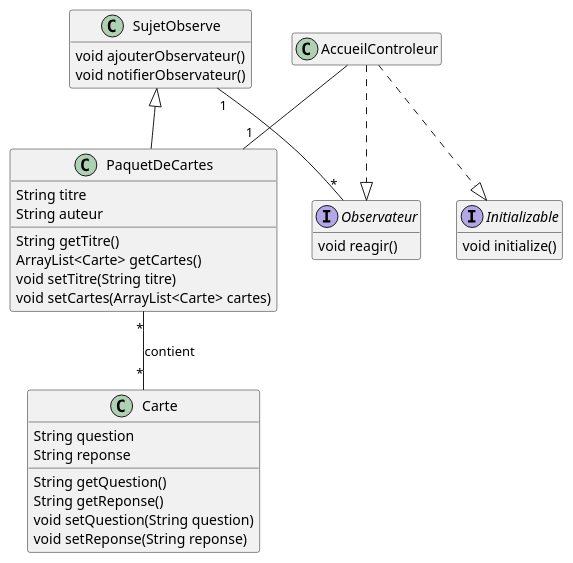
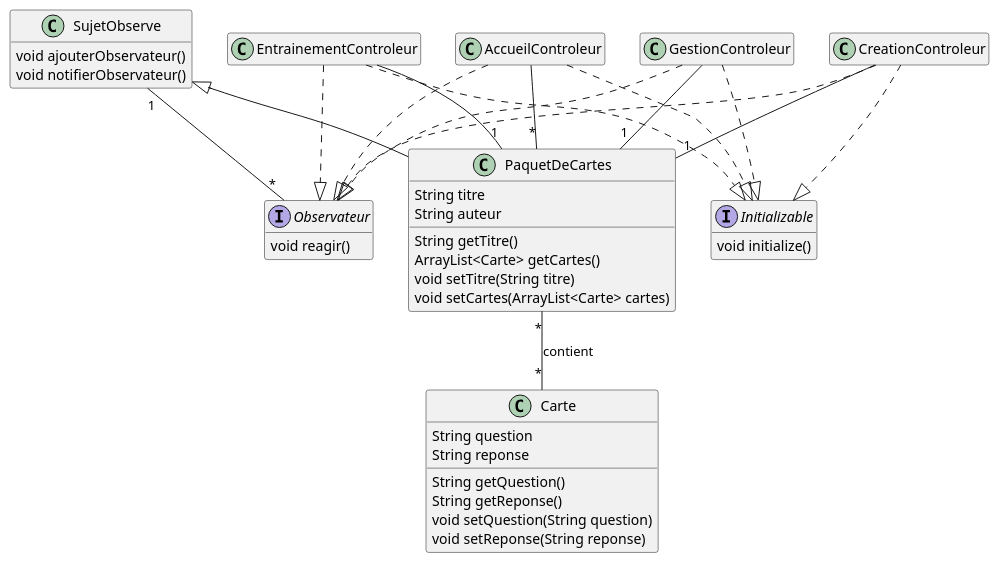
One commit to rouxmi/Flash-Card-App- changed the diagram in diag.wsd. Above: the diagram before and after it, drawn with PlantUML. The commit also changed 3 other files, not shown here.

```diff
--- a/diag.wsd
+++ b/diag.wsd
@@ -1,51 +1,67 @@
 @startuml diag
 hide empty members
 
 class Carte {
     {field} String question
     {field} String reponse
     {method} String getQuestion()
     {method} String getReponse()
     {method} void setQuestion(String question)
     {method} void setReponse(String reponse)
 }
 
 class PaquetDeCartes {
     {field} String titre
     {field} String auteur
     {method} String getTitre()
     {method} ArrayList<Carte> getCartes()
     {method} void setTitre(String titre)
     {method} void setCartes(ArrayList<Carte> cartes)
 }
 
 
 
 interface Observateur{
     {method} void reagir()
 }
 
 class SujetObserve{
     {method} void ajouterObservateur()
     {method} void notifierObservateur()
 }
 
 class AccueilControleur{
 
+}
+
+class CreationControleur{
+
+}
+class EntrainementControleur{
+
+}
+
+class GestionControleur{
 
 }
 
 interface Initializable{
     {method} void initialize()
 }
 
 PaquetDeCartes "*" -- "*" Carte : contient
-
+AccueilControleur --"*" PaquetDeCartes
+CreationControleur --"1" PaquetDeCartes
+EntrainementControleur --"1" PaquetDeCartes
+GestionControleur --"1" PaquetDeCartes
 SujetObserve <|-- PaquetDeCartes
 SujetObserve "1"--"*" Observateur
 AccueilControleur ..|> Observateur
-AccueilControleur --"1" PaquetDeCartes
 AccueilControleur ..|> Initializable
-
-
+CreationControleur ..|> Observateur
+CreationControleur ..|> Initializable
+EntrainementControleur ..|> Observateur
+EntrainementControleur ..|> Initializable
+GestionControleur ..|> Observateur
+GestionControleur ..|> Initializable
 @enduml
```
